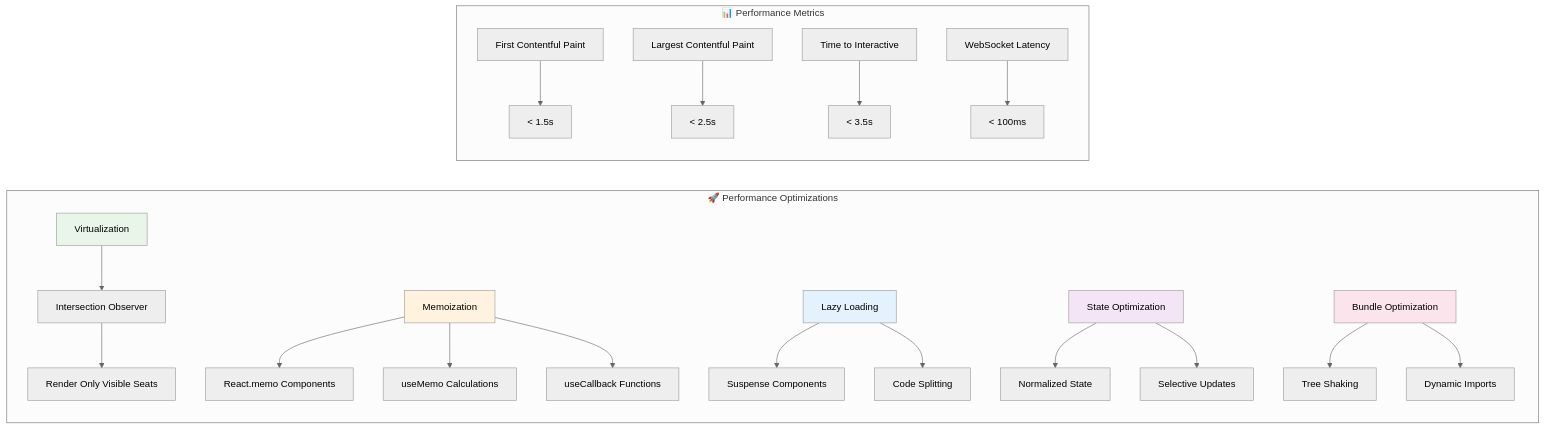
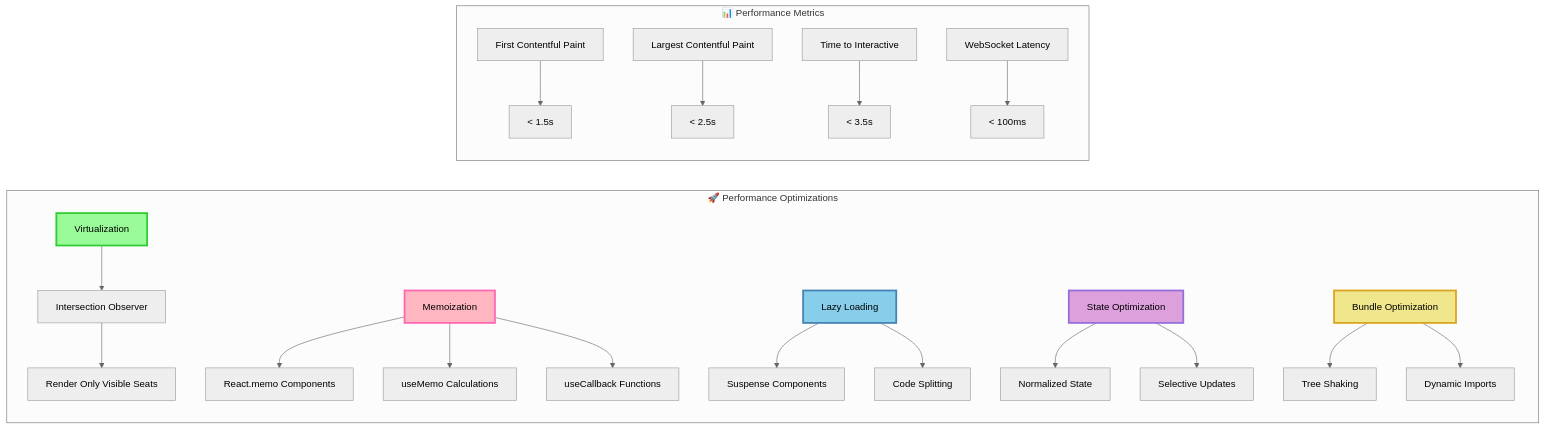
One commit to huyguain/websocket changed the fourth of 6 diagrams in PROJECT_ARCHITECTURE_DIAGRAM.md. Above: the diagram before and after it, drawn with Mermaid (neutral theme). The commit also changed other lines of this file, not shown here.

Commit message:
Update project architecture diagram styles for improved visual clarity and consistency

````diff
--- a/PROJECT_ARCHITECTURE_DIAGRAM.md
+++ b/PROJECT_ARCHITECTURE_DIAGRAM.md
@@ -176,33 +176,33 @@
 ```mermaid
 graph LR
     subgraph "🚀 Performance Optimizations"
         A[Virtualization] --> B[Intersection Observer]
         B --> C[Render Only Visible Seats]
         
         D[Memoization] --> E[React.memo Components]
         D --> F[useMemo Calculations]
         D --> G[useCallback Functions]
         
         H[Lazy Loading] --> I[Suspense Components]
         H --> J[Code Splitting]
         
         K[State Optimization] --> L[Normalized State]
         K --> M[Selective Updates]
         
         N[Bundle Optimization] --> O[Tree Shaking]
         N --> P[Dynamic Imports]
     end
     
     subgraph "📊 Performance Metrics"
         Q[First Contentful Paint] --> R[< 1.5s]
         S[Largest Contentful Paint] --> T[< 2.5s]
         U[Time to Interactive] --> V[< 3.5s]
         W[WebSocket Latency] --> X[< 100ms]
     end
     
-    style A fill:#e8f5e8
-    style D fill:#fff3e0
-    style H fill:#e3f2fd
-    style K fill:#f3e5f5
-    style N fill:#fce4ec
+    style A fill:#98FB98,stroke:#32CD32,stroke-width:3px,color:#000
+    style D fill:#FFB6C1,stroke:#FF69B4,stroke-width:3px,color:#000
+    style H fill:#87CEEB,stroke:#4682B4,stroke-width:3px,color:#000
+    style K fill:#DDA0DD,stroke:#9370DB,stroke-width:3px,color:#000
+    style N fill:#F0E68C,stroke:#DAA520,stroke-width:3px,color:#000
 ```
````
